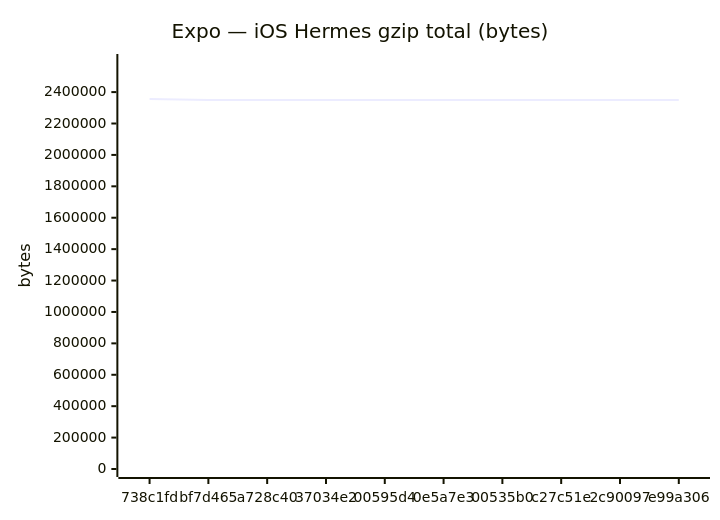
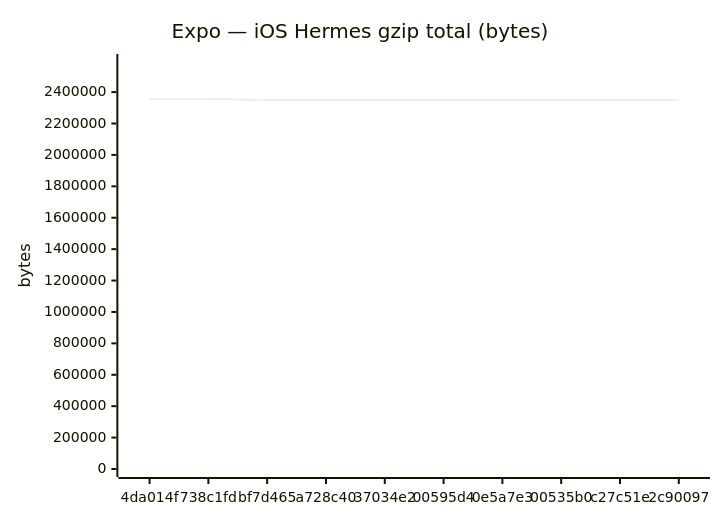
The eighth of 24 diagrams in benchmarks/compare.md (Metaheurist/Rianell), drawn with Mermaid before and after one commit. The commit also changed other lines of this file and 13 other files, not shown here.

````diff
--- a/benchmarks/compare.md
+++ b/benchmarks/compare.md
@@ -123,7 +123,7 @@
 ```mermaid
 xychart-beta
     title "Expo — iOS Hermes gzip total (bytes)"
-    x-axis ["738c1fd", "bf7d465", "a728c40", "37034e2", "00595d4", "0e5a7e3", "00535b0", "c27c51e", "2c90097", "e99a306"]
-    y-axis "bytes" 0 --> 2591665
-    line [2356059, 2350178, 2350175, 2350043, 2350046, 2350041, 2349868, 2349864, 2349868, 2349869]
+    x-axis ["4da014f", "738c1fd", "bf7d465", "a728c40", "37034e2", "00595d4", "0e5a7e3", "00535b0", "c27c51e", "2c90097"]
+    y-axis "bytes" 0 --> 2591666
+    line [2356060, 2356059, 2350178, 2350175, 2350043, 2350046, 2350041, 2349868, 2349864, 2349868]
 ```
````
